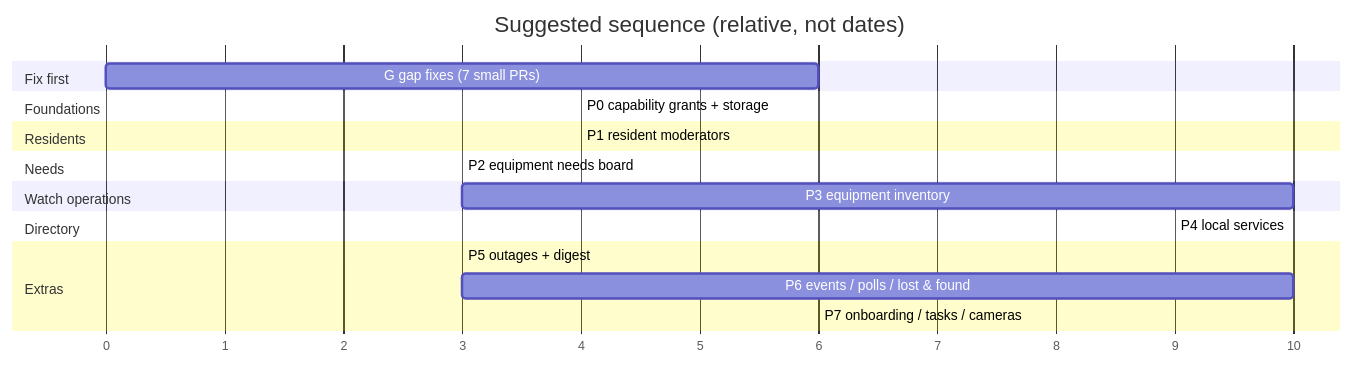
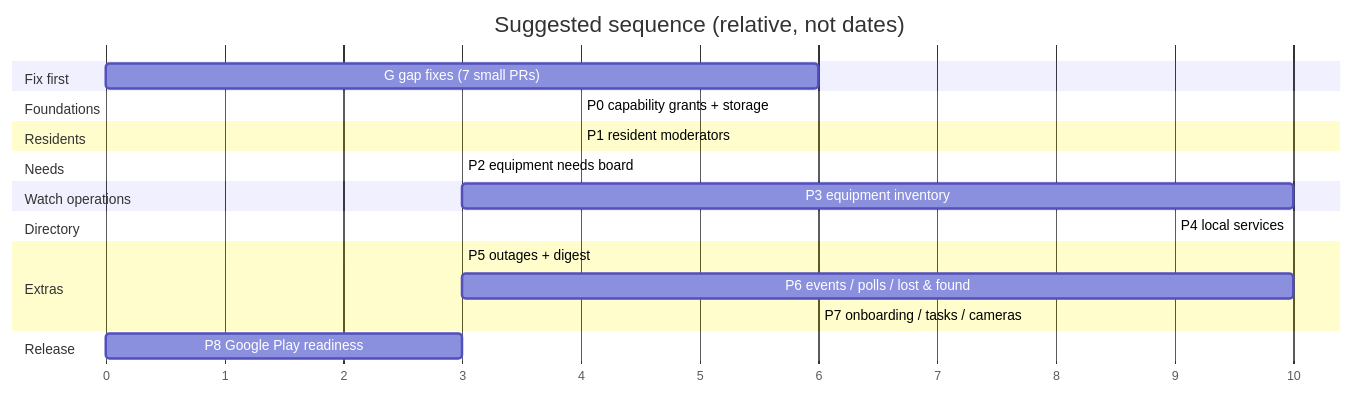
The first of 5 diagrams in platform/docs/NEW_FEATURES_BLUEPRINT.md (watchman-patrolapp/watchman), drawn with Mermaid before and after one commit. The commit also changed other lines of this file and 1 other file, not shown here.

First line of the commit message:
Add the P8 Google Play release-readiness prompt.

````diff
--- a/platform/docs/NEW_FEATURES_BLUEPRINT.md
+++ b/platform/docs/NEW_FEATURES_BLUEPRINT.md
@@ -97,22 +101,24 @@
 ```mermaid
 gantt
   title Suggested sequence (relative, not dates)
   dateFormat  X
   axisFormat %s
   section Fix first
   G gap fixes (7 small PRs)           :g, 0, 6
   section Foundations
   P0 capability grants + storage      :p0, after g, 4
   section Residents
   P1 resident moderators              :p1, after p0, 4
   section Needs
   P2 equipment needs board            :p2, after p1, 3
   section Watch operations
   P3 equipment inventory              :p3, after p2, 10
   section Directory
   P4 local services                   :p4, after p3, 9
   section Extras
   P5 outages + digest                 :p5, after p4, 3
   P6 events / polls / lost & found    :p6, after p5, 10
   P7 onboarding / tasks / cameras     :p7, after p6, 6
+  section Release
+  P8 Google Play readiness            :p8, 0, 3
 ```
````
